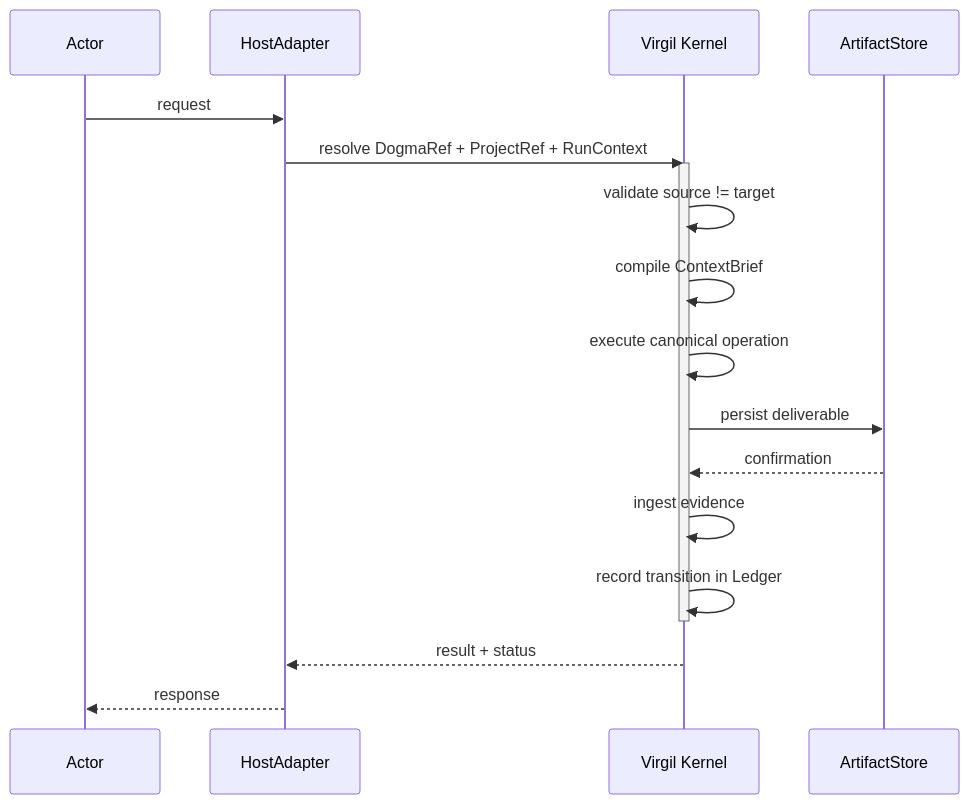
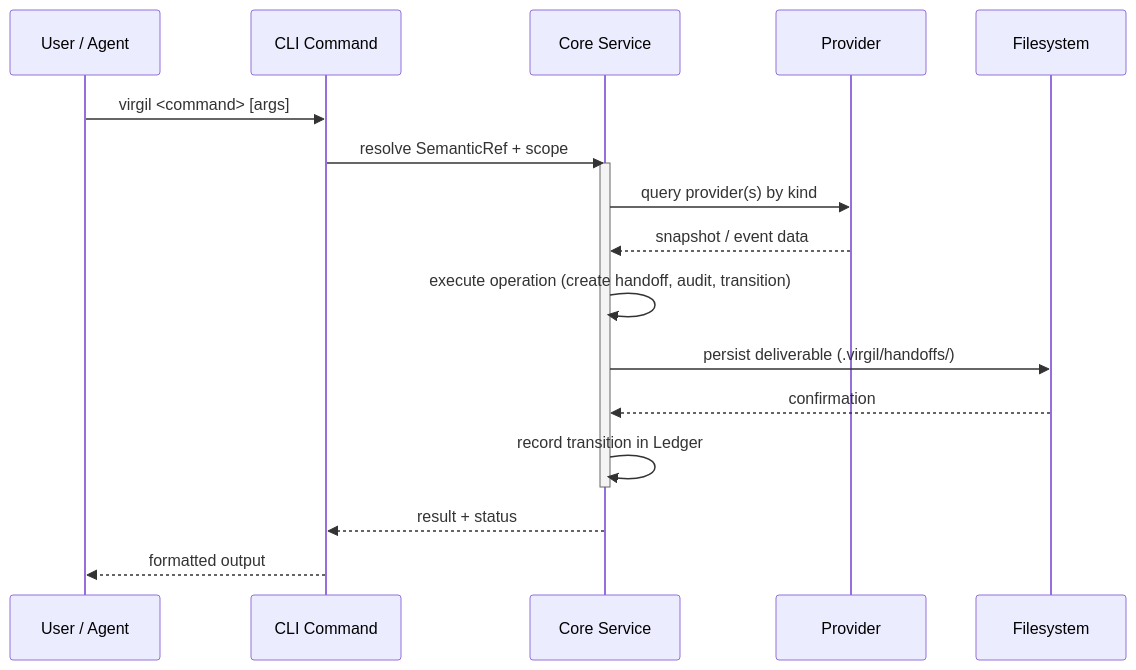
The diagram in docs/reference/principia/sections/06-invocation-flow.md (virgenherrera/virgil), drawn with Mermaid before and after one commit. The commit also changed other lines of this file and 31 other files, not shown here.

````diff
--- a/docs/reference/principia/sections/06-invocation-flow.md
+++ b/docs/reference/principia/sections/06-invocation-flow.md
@@ -29,23 +28,23 @@
 ```mermaid
 sequenceDiagram
-    participant ACT as Actor
-    participant HA as HostAdapter
-    participant VK as Virgil Kernel
-    participant SA as ArtifactStore
+    participant USR as User / Agent
+    participant CLI as CLI Command
+    participant SVC as Core Service
+    participant PRV as Provider
+    participant FS as Filesystem
 
-    ACT->>HA: request
-    HA->>VK: resolve DogmaRef + ProjectRef + RunContext
+    USR->>CLI: virgil <command> [args]
+    CLI->>SVC: resolve SemanticRef + scope
 
-    activate VK
-    VK->>VK: validate source != target
-    VK->>VK: compile ContextBrief
-    VK->>VK: execute canonical operation
-    VK->>SA: persist deliverable
-    SA-->>VK: confirmation
-    VK->>VK: ingest evidence
-    VK->>VK: record transition in Ledger
-    deactivate VK
+    activate SVC
+    SVC->>PRV: query provider(s) by kind
+    PRV-->>SVC: snapshot / event data
+    SVC->>SVC: execute operation (create handoff, audit, transition)
+    SVC->>FS: persist deliverable (.virgil/handoffs/)
+    FS-->>SVC: confirmation
+    SVC->>SVC: record transition in Ledger
+    deactivate SVC
 
-    VK-->>HA: result + status
-    HA-->>ACT: response
+    SVC-->>CLI: result + status
+    CLI-->>USR: formatted output
 ```
````
